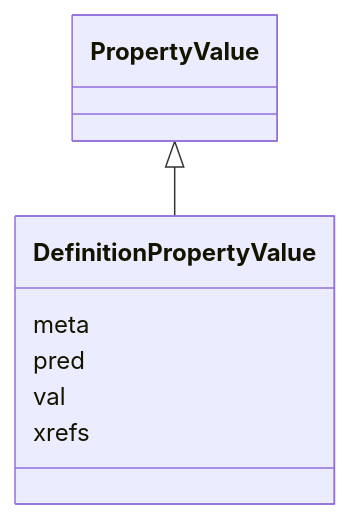
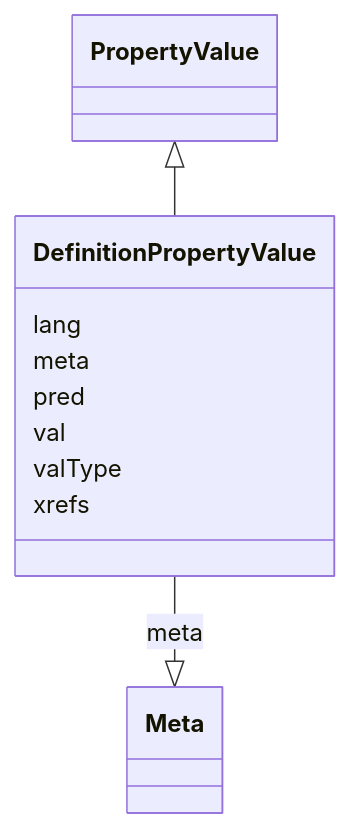
One commit to cthoyt/ontology-access-kit changed the diagram in obograph/DefinitionPropertyValue.md. Above: the diagram before and after it, drawn with Mermaid. The commit also changed other lines of this file and 3287 other files, not shown here.

````diff
--- a/obograph/DefinitionPropertyValue.md
+++ b/obograph/DefinitionPropertyValue.md
@@ -11,11 +14,21 @@
 ```{mermaid}
  classDiagram
     class DefinitionPropertyValue
       PropertyValue <|-- DefinitionPropertyValue
       
+      DefinitionPropertyValue : lang
+        
       DefinitionPropertyValue : meta
+        
+          DefinitionPropertyValue --|> Meta : meta
+        
       DefinitionPropertyValue : pred
+        
       DefinitionPropertyValue : val
+        
+      DefinitionPropertyValue : valType
+        
       DefinitionPropertyValue : xrefs
+        
       
 ```
````
